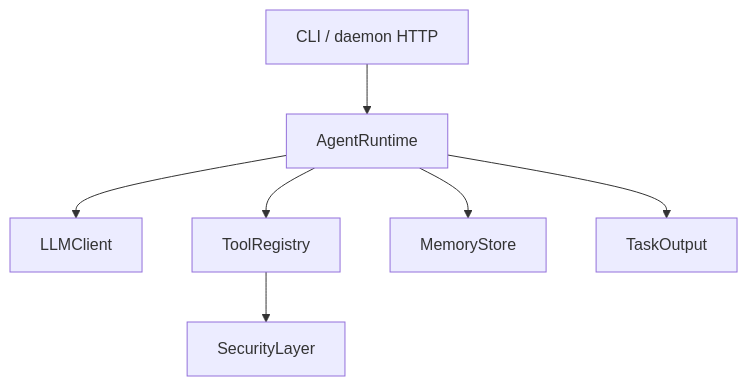
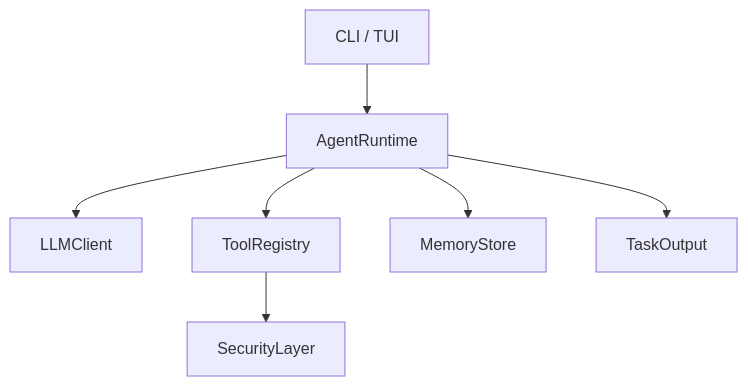
One commit to qingjiuzys/anycode changed the diagram in docs-site/guide/architecture.md. Above: the diagram before and after it, drawn with Mermaid. The commit also changed other lines of this file and 164 other files, not shown here.

First line of the commit message:
docs: roadmap follow-up (SSOT, ADR 004-006, issue #3, site nav)

````diff
--- a/docs-site/guide/architecture.md
+++ b/docs-site/guide/architecture.md
@@ -15,9 +17,9 @@
 ```mermaid
 flowchart TB
-  cli[CLI / daemon HTTP] --> runtime[AgentRuntime]
+  cli[CLI / TUI] --> runtime[AgentRuntime]
   runtime --> llm[LLMClient]
   runtime --> tools[ToolRegistry]
   runtime --> mem[MemoryStore]
   runtime --> out[TaskOutput]
   tools --> sec[SecurityLayer]
 ```
````
